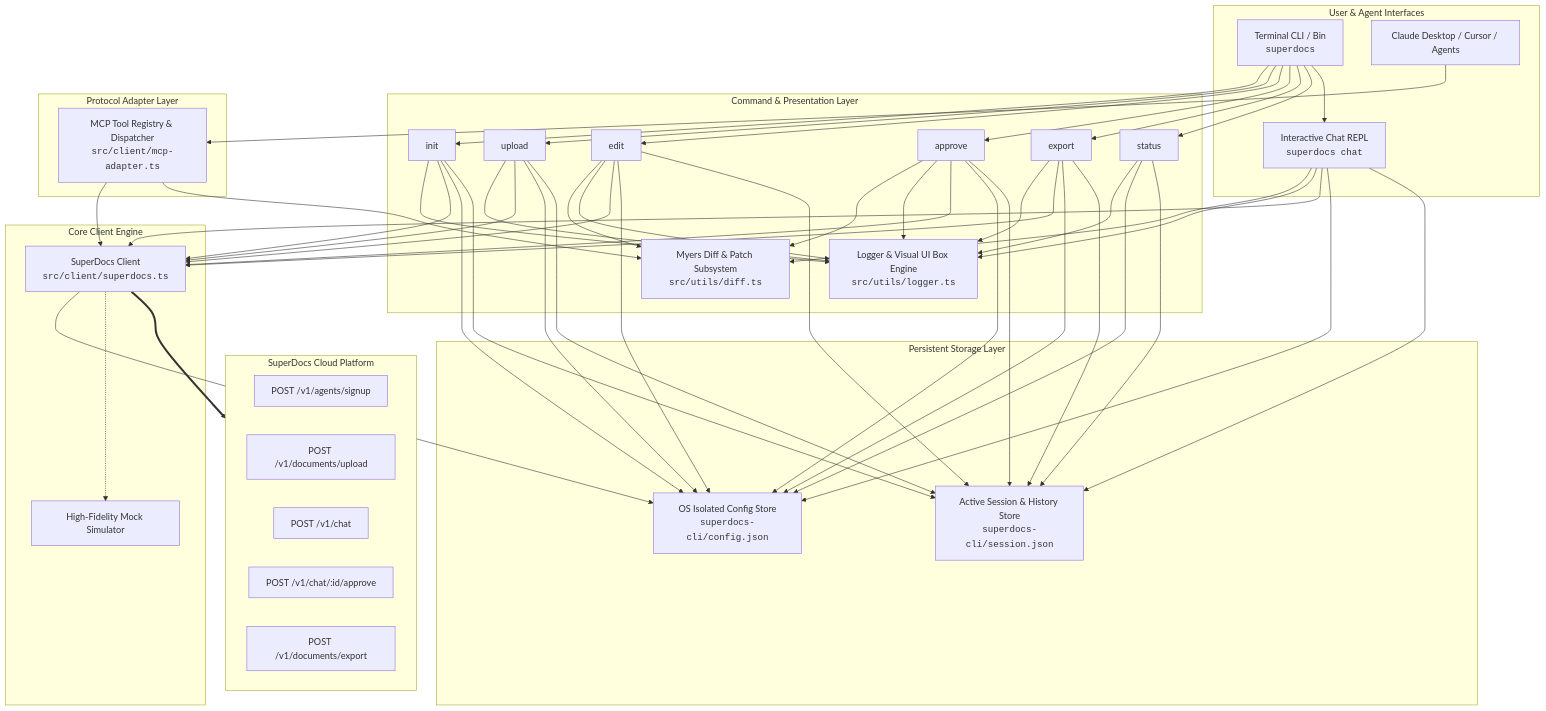
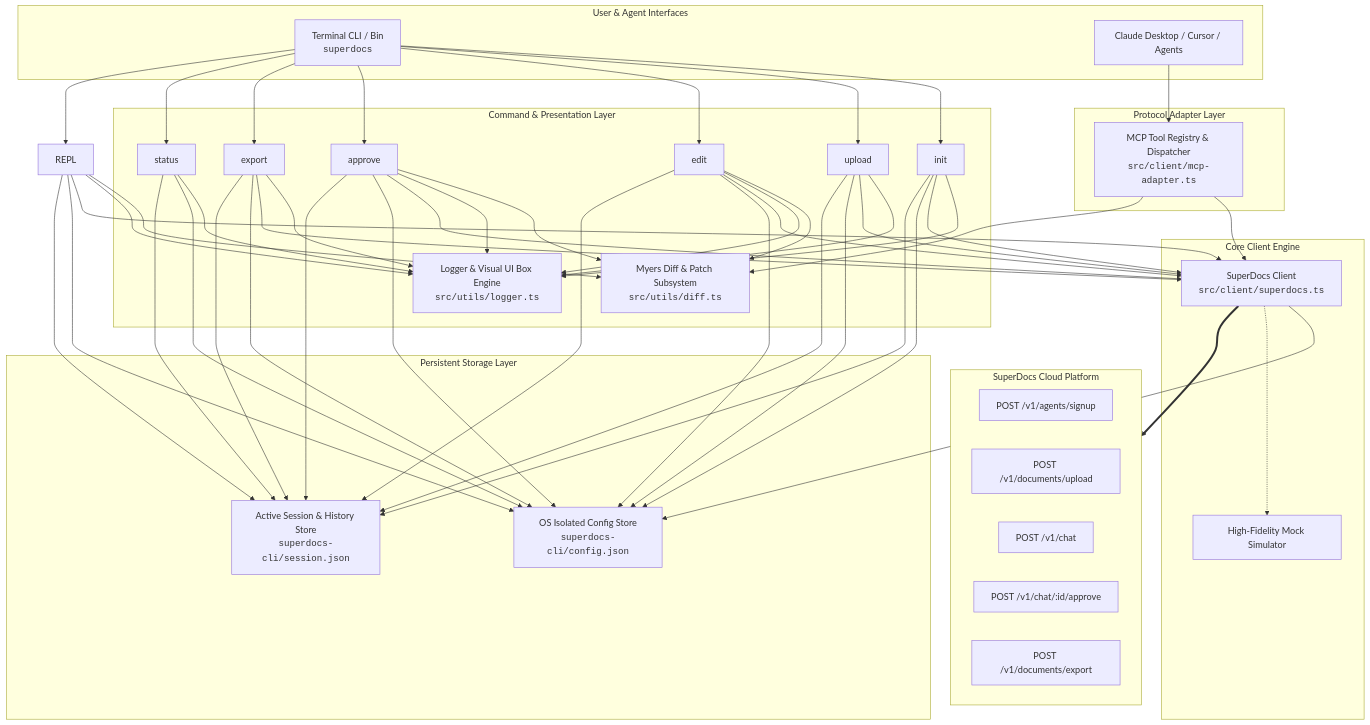
The first of 4 diagrams in extensions/ajinkya-cell/superdocs-cli/README.md (superdocsapp/superdocs-builds), drawn with Mermaid before and after one commit. The commit also changed other lines of this file and 18 other files, not shown here.

````diff
--- a/extensions/ajinkya-cell/superdocs-cli/README.md
+++ b/extensions/ajinkya-cell/superdocs-cli/README.md
@@ -84,57 +82,56 @@
 ```mermaid
 flowchart TD
     subgraph UserInterfaces [User & Agent Interfaces]
         CLI[Terminal CLI / Bin<br/><code>superdocs</code>]
-        REPL[Interactive Chat REPL<br/><code>superdocs chat</code>]
         MCP_CLIENTS[Claude Desktop / Cursor / Agents]
     end
 
     subgraph Presentation [Command & Presentation Layer]
         CMD_INIT[init]
         CMD_UPLOAD[upload]
         CMD_EDIT[edit]
         CMD_APPROVE[approve]
         CMD_EXPORT[export]
         CMD_STATUS[status]
         LOGGER[Logger & Visual UI Box Engine<br/><code>src/utils/logger.ts</code>]
         DIFF_ENGINE[Myers Diff & Patch Subsystem<br/><code>src/utils/diff.ts</code>]
     end
 
     subgraph Adapters [Protocol Adapter Layer]
         MCP_ADAPTER[MCP Tool Registry & Dispatcher<br/><code>src/client/mcp-adapter.ts</code>]
     end
 
     subgraph CoreEngine [Core Client Engine]
         SD_CLIENT[SuperDocs Client<br/><code>src/client/superdocs.ts</code>]
         MOCK_SIM[High-Fidelity Mock Simulator]
     end
 
     subgraph StatePersistence [Persistent Storage Layer]
         CONF_STORE[OS Isolated Config Store<br/><code>superdocs-cli/config.json</code>]
         SESSION_STORE[Active Session & History Store<br/><code>superdocs-cli/session.json</code>]
     end
 
     subgraph RemoteBackend [SuperDocs Cloud Platform]
         API_AUTH[POST /v1/agents/signup]
         API_UPLOAD[POST /v1/documents/upload]
         API_CHAT[POST /v1/chat]
         API_APPROVE[POST /v1/chat/:id/approve]
         API_EXPORT[POST /v1/documents/export]
     end
 
     %% Wiring
     CLI --> CMD_INIT & CMD_UPLOAD & CMD_EDIT & CMD_APPROVE & CMD_EXPORT & CMD_STATUS & REPL
     MCP_CLIENTS --> MCP_ADAPTER
     MCP_ADAPTER --> SD_CLIENT
     MCP_ADAPTER --> DIFF_ENGINE
     
     CMD_EDIT & CMD_APPROVE & REPL --> DIFF_ENGINE
     CMD_INIT & CMD_UPLOAD & CMD_EDIT & CMD_APPROVE & CMD_EXPORT & CMD_STATUS & REPL --> LOGGER
 
     CMD_INIT & CMD_UPLOAD & CMD_EDIT & CMD_APPROVE & CMD_EXPORT & REPL --> SD_CLIENT
     CMD_INIT & CMD_UPLOAD & CMD_EDIT & CMD_APPROVE & CMD_EXPORT & CMD_STATUS & REPL --> CONF_STORE & SESSION_STORE
     
     SD_CLIENT --> CONF_STORE
     SD_CLIENT -.-> MOCK_SIM
     SD_CLIENT ==> RemoteBackend
 ```
````
